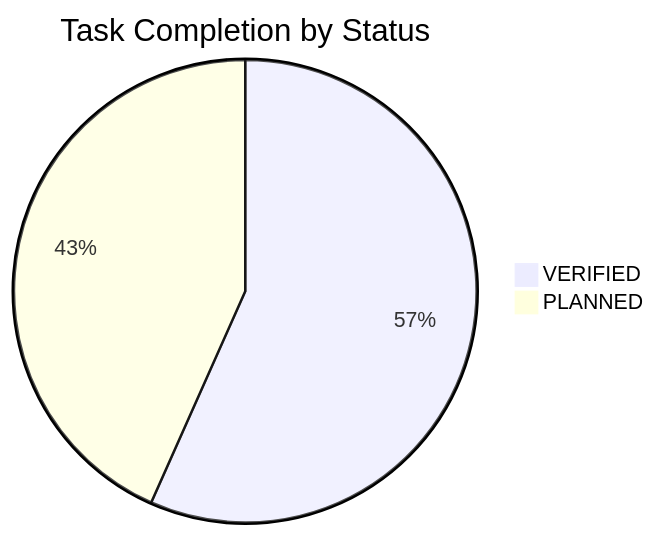
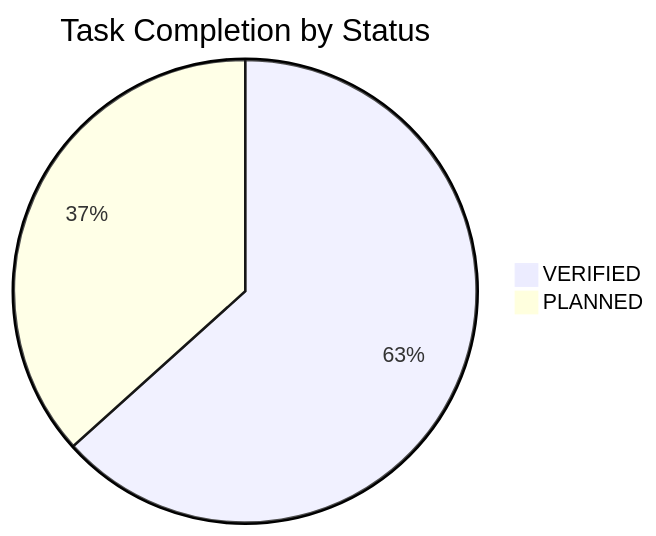
One commit to NguyenTriBaoThang/ClearWayAI changed the diagram in docs/TASK_BOARD.md. Above: the diagram before and after it, drawn with Mermaid. The commit also changed other lines of this file and 8 other files, not shown here.

````diff
--- a/docs/TASK_BOARD.md
+++ b/docs/TASK_BOARD.md
@@ -16,5 +16,5 @@
 ```mermaid
 pie title Task Completion by Status
-    "VERIFIED" : 34
-    "PLANNED" : 26
+    "VERIFIED" : 38
+    "PLANNED" : 22
 ```
````
